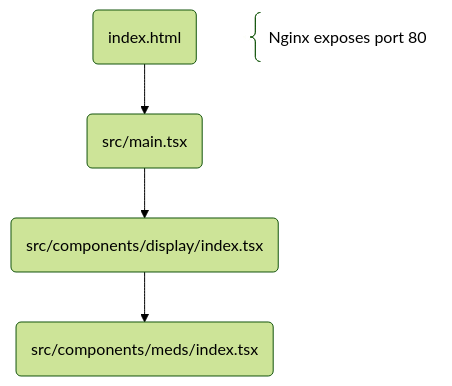
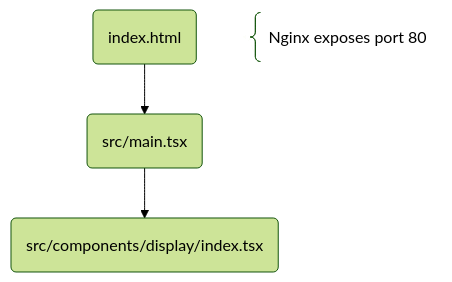
Before and after one commit to chump29/planrr: the diagram in frontend/README.md, drawn with Mermaid (forest theme). The commit also changed other lines of this file and 4 other files, not shown here.

Commit message:
chore: updated packages docs: updated flowchart refactor: changed component name

````diff
--- a/frontend/README.md
+++ b/frontend/README.md
@@ -5,9 +3,8 @@
 ```mermaid
 flowchart
 index(index.html)
 main(src/main.tsx)
 display(src/components/display/index.tsx)
-meds(src/components/meds/index.tsx)
-index-->main-->display-->meds
+index-->main-->display
 port@{shape: brace, label: "&nbsp; Nginx exposes port 80"}
 ```
````
